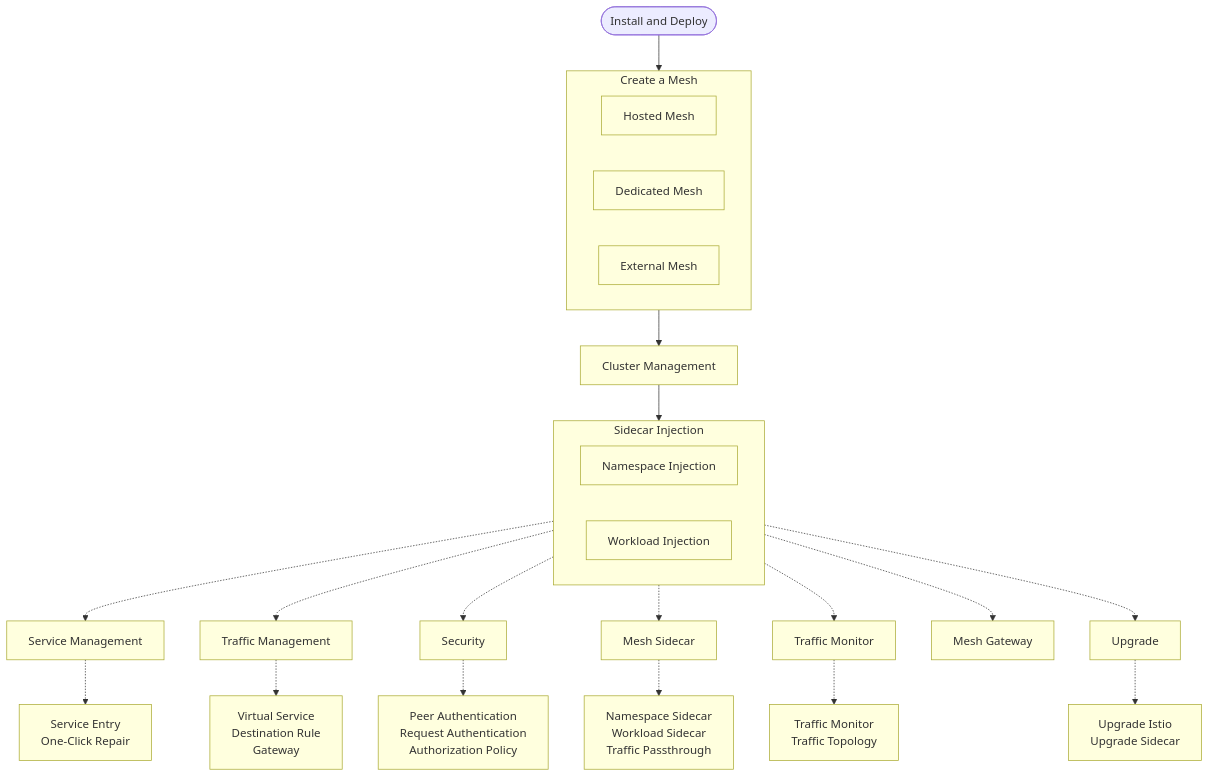
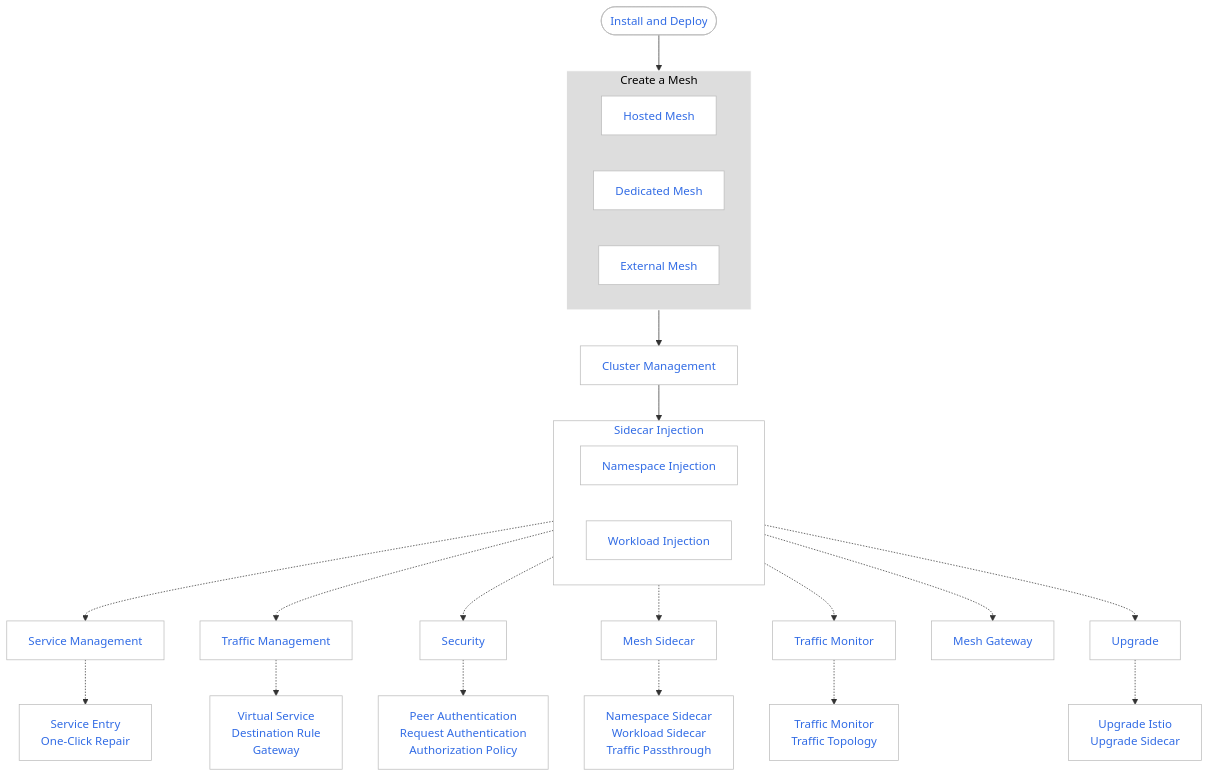
The diagram in docs/en/docs/mspider/intro/index.md (DaoCloud/DaoCloud-docs), drawn with Mermaid before and after one commit.

````diff
--- a/docs/en/docs/mspider/intro/index.md
+++ b/docs/en/docs/mspider/intro/index.md
@@ -89,62 +89,66 @@
 ```mermaid
 flowchart TD
 
     install([Install and Deploy])
     install --> mesh[Create a Mesh]
         subgraph mesh[Create a Mesh]
             managed[Hosted Mesh]
             private[Dedicated Mesh]
             external[External Mesh]
             
         end
 
     mesh --> cluster[Cluster Management]
 
     cluster --> inject[Sidecar Injection]
 
         subgraph inject[Sidecar Injection]
             namespace[Namespace Injection]
             workload[Workload Injection]
         end
 
     
     inject -.-> service[Service Management]
     inject -.-> traffic[Traffic Management]
     inject -.-> security[Security]
     inject -.-> sidecar[Mesh Sidecar]
     inject -.-> watch[Traffic Monitor]
     inject -.-> gateway[Mesh Gateway]
     inject -.-> upgrade[Upgrade]
     
 
     service -.-> entry[Service Entry<br>One-Click Repair]
     traffic -.-> virtual[Virtual Service<br>Destination Rule<br>Gateway]
     security -.-> peer[Peer Authentication<br>Request Authentication<br>Authorization Policy]
     sidecar -.-> sidecarm[Namespace Sidecar<br>Workload Sidecar<br>Traffic Passthrough]
     watch -.-> watch2[Traffic Monitor<br>Traffic Topology]
     upgrade -.-> upgrade1[Upgrade Istio<br>Upgrade Sidecar]
 
+    classDef plain fill:#ddd,stroke:#fff,stroke-width:1px,color:#000;
+    classDef k8s fill:#326ce5,stroke:#fff,stroke-width:1px,color:#fff;
+    classDef cluster fill:#fff,stroke:#bbb,stroke-width:1px,color:#326ce5;
+
     class mesh plain
     class install,service,gateway,traffic,watch,upgrade,security,entry,virtual,peer,cluster,sidecar,sidecarm,watch2,managed,private,external,namespace,workload,upgrade1 cluster
 
     click install "https://docs.daocloud.io/en/mspider/install/install/"
     click managed "https://docs.daocloud.io/en/mspider/user-guide/service-mesh/"
     click private "https://docs.daocloud.io/en/mspider/user-guide/service-mesh/"
     click external "https://docs.daocloud.io/en/mspider/user-guide/service-mesh/external-mesh/"
     click cluster "https://docs.daocloud.io/en/mspider/user-guide/cluster-management/join-clus/"
     click global "https://docs.daocloud.io/en/mspider/user-guide/sidecar-management/global-sidecar/"
     click namespace "https://docs.daocloud.io/en/mspider/user-guide/sidecar-management/ns-sidecar/"
     click workload "https://docs.daocloud.io/en/mspider/user-guide/sidecar-management/workload-sidecar/"
     click gateway "https://docs.daocloud.io/en/mspider/user-guide/gateway-instance/create/"
     click service "https://docs.daocloud.io/en/mspider/user-guide/service-list/"
     click traffic "https://docs.daocloud.io/en/mspider/user-guide/traffic-governance/"
     click security "https://docs.daocloud.io/en/mspider/user-guide/security/"
     click watch "https://docs.daocloud.io/en/mspider/user-guide/traffic-monitor/"
     click upgrade "https://docs.daocloud.io/en/mspider/user-guide/upgrade/istio-update/"
     click entry "https://docs.daocloud.io/en/mspider/user-guide/service-list/service-entry/"
     click virtual "https://docs.daocloud.io/en/mspider/user-guide/traffic-governance/virtual-service/"
     click peer "https://docs.daocloud.io/en/mspider/user-guide/security/peer/"
     click sidecar "https://docs.daocloud.io/en/mspider/user-guide/sidecar-management/ns-sidecar/"
     click sidecarm "https://docs.daocloud.io/en/mspider/user-guide/sidecar-management/passthrough/"
     click watch2 "https://docs.daocloud.io/en/mspider/user-guide/traffic-monitor/conn-topo/"
 ```
````
